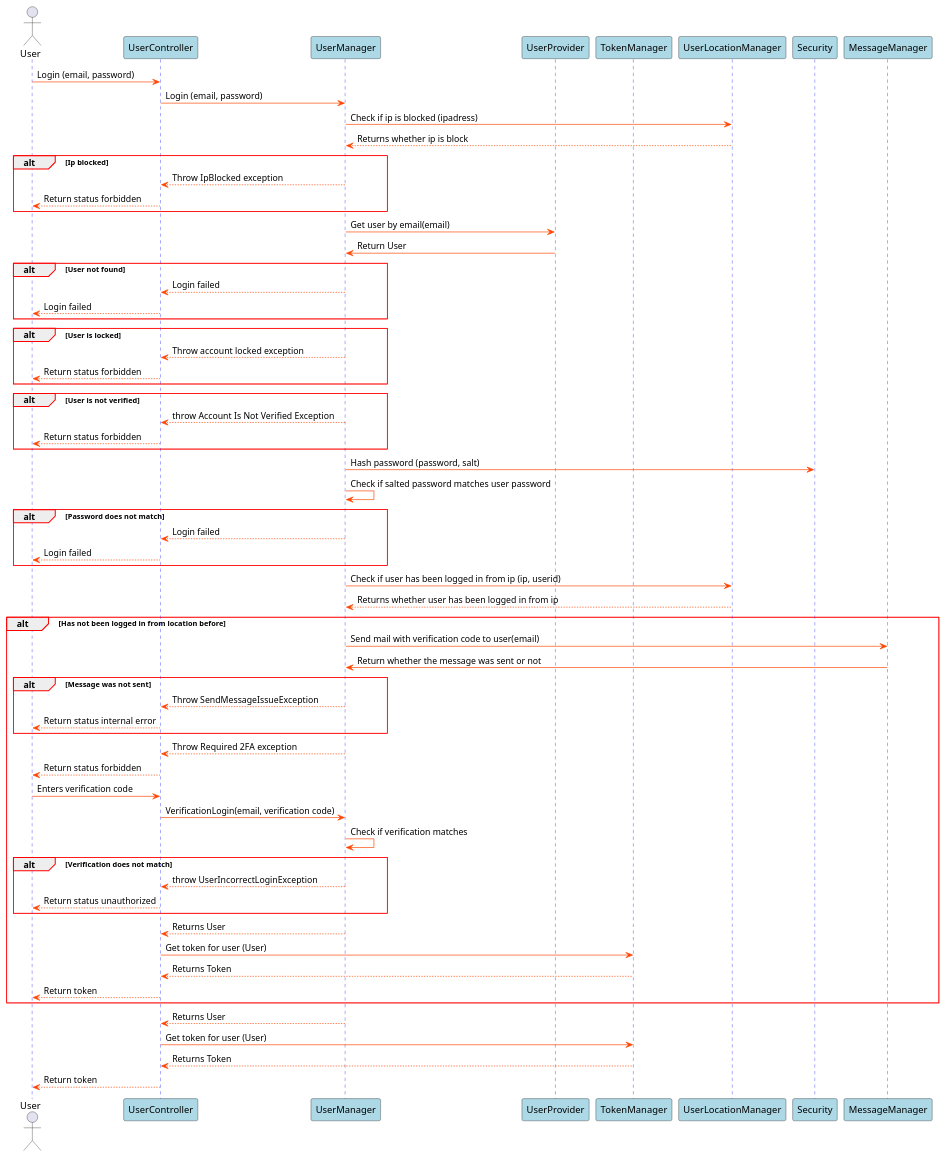
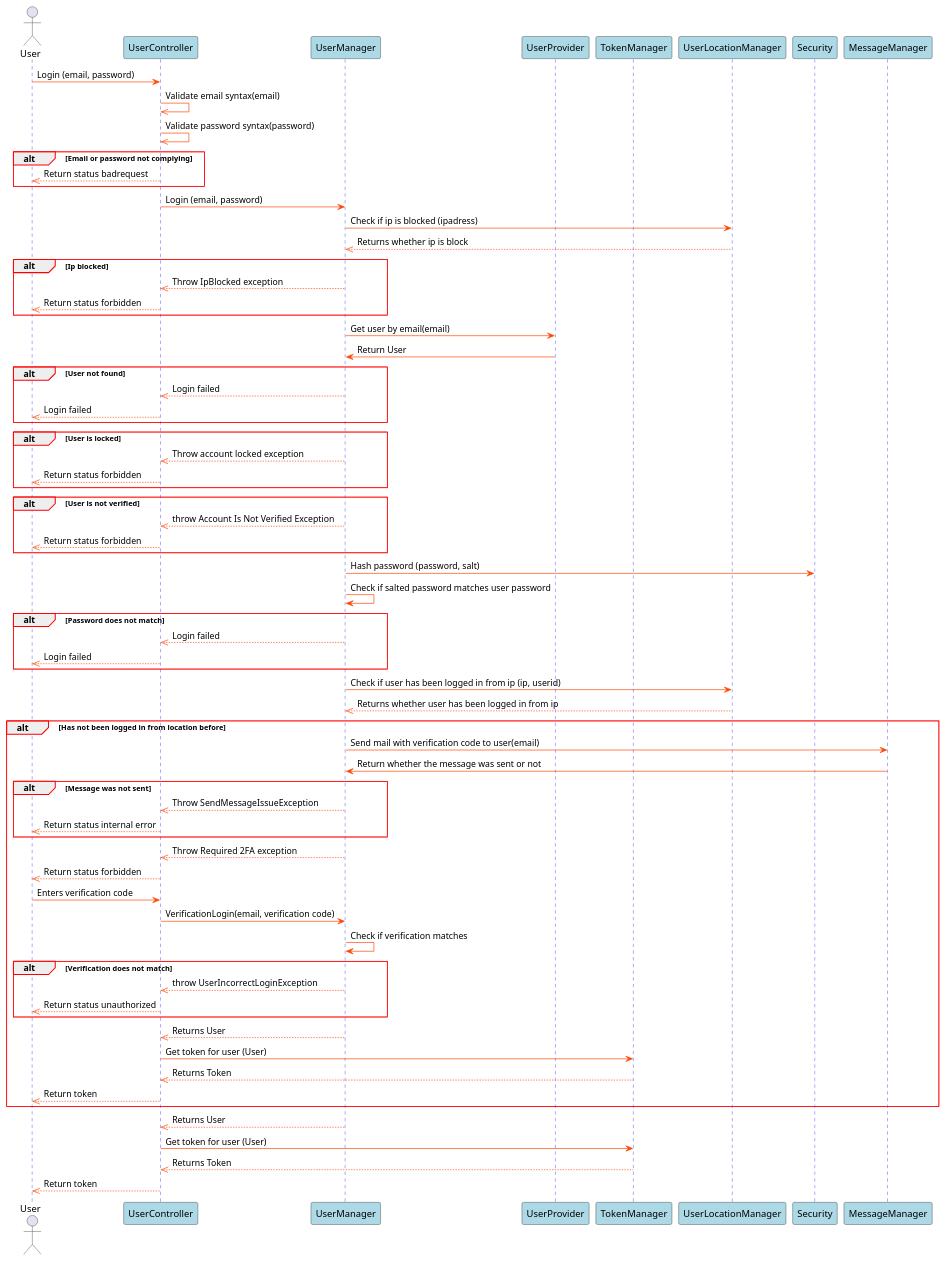
Before and after one commit to blackout1471/trust-us-school: the diagram in Docs/SDDiagrams/LoginSD.plantuml, drawn with PlantUML. The commit also changed 17 other files, not shown here.

Commit message:
Updated sd and flowcharts

```diff
--- a/Docs/SDDiagrams/LoginSD.plantuml
+++ b/Docs/SDDiagrams/LoginSD.plantuml
@@ -1,103 +1,111 @@
 @startuml Login SD
 
 skinparam sequence {
     GroupBorderColor red
     GroupBorderThickness 1
 
     ArrowColor orangered
 
     LifeLineBorderColor blue
 
     ParticipantBackgroundColor lightblue
 }
 
 actor User
 participant UserController
 participant UserManager
 participant UserProvider
 participant TokenManager
 participant UserLocationManager
 participant Security
 
 User->UserController: Login (email, password)
+
+UserController->>UserController: Validate email syntax(email)
+UserController->>UserController: Validate password syntax(password)
+
+alt Email or password not complying
+UserController-->>User: Return status badrequest
+end
+
 UserController->UserManager: Login (email, password)
 UserManager->UserLocationManager: Check if ip is blocked (ipadress)
-UserLocationManager-->UserManager: Returns whether ip is block
+UserLocationManager-->>UserManager: Returns whether ip is block
 
 alt Ip blocked
-UserManager-->UserController: Throw IpBlocked exception
-UserController-->User: Return status forbidden
+UserManager-->>UserController: Throw IpBlocked exception
+UserController-->>User: Return status forbidden
 end
 
 UserManager->UserProvider: Get user by email(email)
 UserProvider->UserManager: Return User
 
 
 alt User not found
 
-UserManager-->UserController: Login failed
-UserController-->User: Login failed
+UserManager-->>UserController: Login failed
+UserController-->>User: Login failed
 
 end
 
 alt User is locked
 
-UserManager-->UserController: Throw account locked exception
-UserController-->User: Return status forbidden
+UserManager-->>UserController: Throw account locked exception
+UserController-->>User: Return status forbidden
 
 end
 
 alt User is not verified
 
-UserManager-->UserController: throw Account Is Not Verified Exception
-UserController-->User: Return status forbidden
+UserManager-->>UserController: throw Account Is Not Verified Exception
+UserController-->>User: Return status forbidden
 
 end
 
 UserManager->Security: Hash password (password, salt)
 UserManager->UserManager: Check if salted password matches user password
 
 alt Password does not match
 
-UserManager-->UserController: Login failed
-UserController-->User: Login failed
+UserManager-->>UserController: Login failed
+UserController-->>User: Login failed
 
 end
 
 
 UserManager->UserLocationManager: Check if user has been logged in from ip (ip, userid)
-UserLocationManager-->UserManager: Returns whether user has been logged in from ip
+UserLocationManager-->>UserManager: Returns whether user has been logged in from ip
 
 alt Has not been logged in from location before
 
 UserManager->MessageManager: Send mail with verification code to user(email)
 MessageManager->UserManager: Return whether the message was sent or not
 alt Message was not sent
 
-UserManager --> UserController: Throw SendMessageIssueException
-UserController --> User: Return status internal error
+UserManager -->> UserController: Throw SendMessageIssueException
+UserController -->> User: Return status internal error
 end
-UserManager-->UserController: Throw Required 2FA exception
-UserController-->User: Return status forbidden
+UserManager-->>UserController: Throw Required 2FA exception
+UserController-->>User: Return status forbidden
 User->UserController: Enters verification code
 UserController->UserManager: VerificationLogin(email, verification code)
 UserManager->UserManager: Check if verification matches
 alt Verification does not match
 
-UserManager-->UserController: throw UserIncorrectLoginException
-UserController-->User: Return status unauthorized
+UserManager-->>UserController: throw UserIncorrectLoginException
+UserController-->>User: Return status unauthorized
 
 end
-UserManager-->UserController: Returns User
+UserManager-->>UserController: Returns User
 UserController->TokenManager: Get token for user (User)
-TokenManager-->UserController: Returns Token
-UserController-->User: Return token
+TokenManager-->>UserController: Returns Token
+UserController-->>User: Return token
 end
 
-UserManager-->UserController: Returns User
+UserManager-->>UserController: Returns User
 UserController->TokenManager: Get token for user (User)
-TokenManager-->UserController: Returns Token
+TokenManager-->>UserController: Returns Token
 
-UserController-->User: Return token
+UserController-->>User: Return token
 
 @enduml
```
